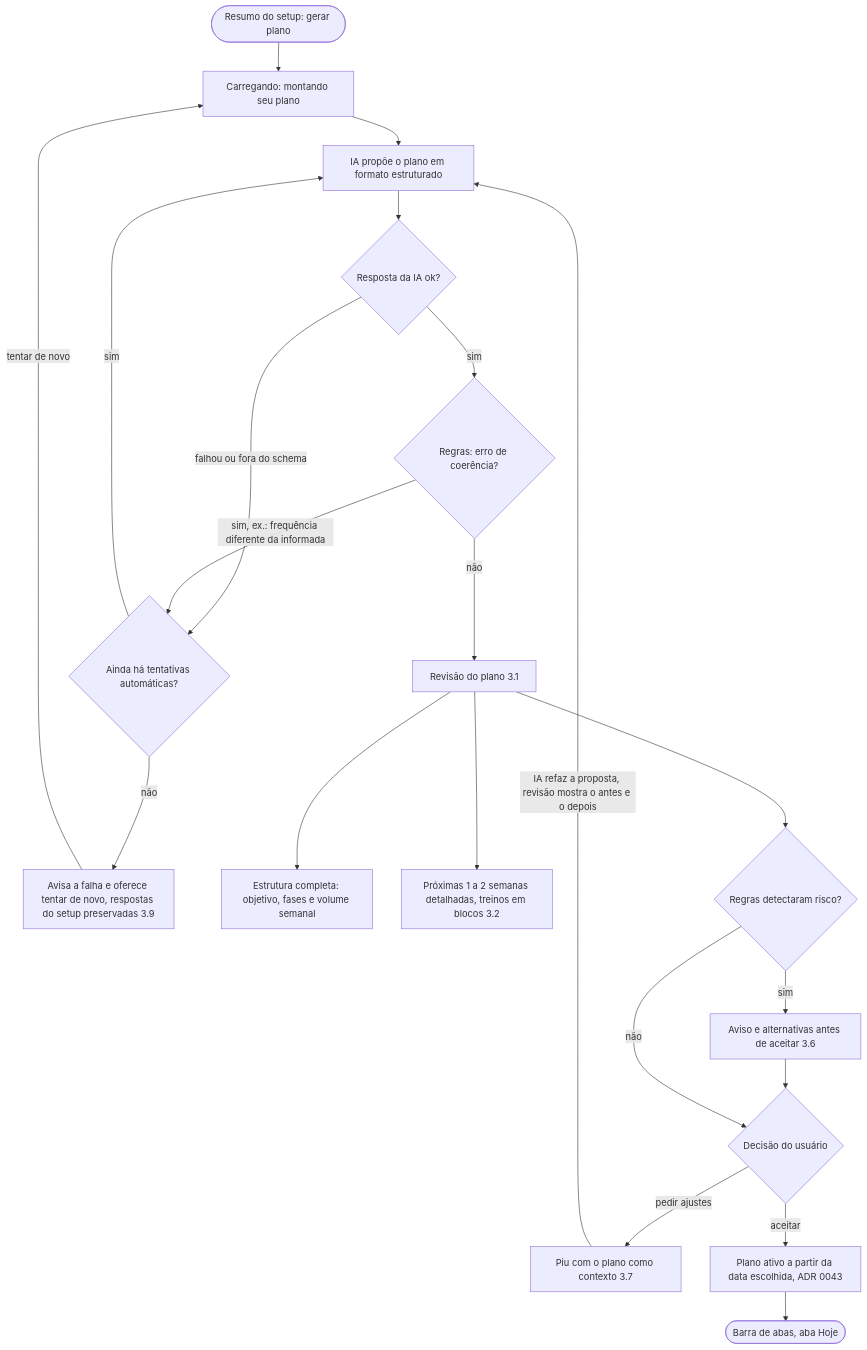
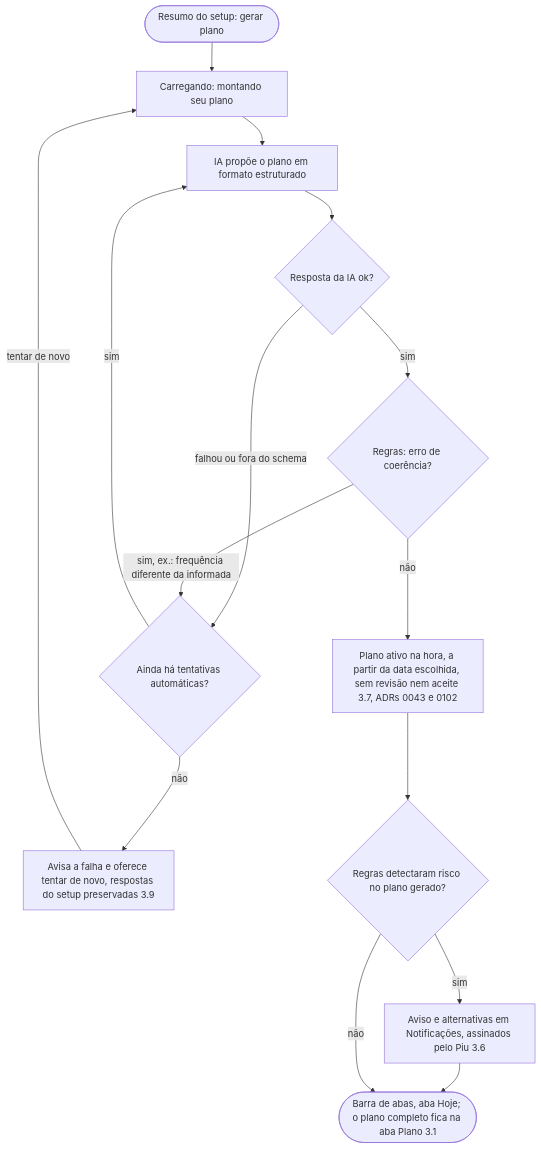
The third of 11 diagrams in docs/fluxos.md (cruzvini/app-corrida), drawn with Mermaid before and after one commit. The commit also changed other lines of this file and 7 other files, not shown here.

First line of the commit message:
docs: ADRs 0100 a 0102 - boas-vindas com e-mail, progresso do setup e plano ativo direto após gerar

````diff
--- a/docs/fluxos.md
+++ b/docs/fluxos.md
@@ -80,23 +80,17 @@
 ```mermaid
 flowchart TD
   A([Resumo do setup: gerar plano]) --> B[Carregando: montando seu plano]
   B --> C[IA propõe o plano em formato estruturado]
   C --> D{Resposta da IA ok?}
   D -- falhou ou fora do schema --> D1{Ainda há tentativas automáticas?}
   D1 -- sim --> C
   D1 -- não --> ERR[Avisa a falha e oferece tentar de novo, respostas do setup preservadas 3.9]
   ERR -- tentar de novo --> B
   D -- sim --> E{Regras: erro de coerência?}
   E -- sim, ex.: frequência diferente da informada --> D1
-  E -- não --> F[Revisão do plano 3.1]
-  F --> F1["Estrutura completa: objetivo, fases e volume semanal"]
-  F --> F2["Próximas 1 a 2 semanas detalhadas, treinos em blocos 3.2"]
-  F --> G{Regras detectaram risco?}
-  G -- sim --> G1[Aviso e alternativas antes de aceitar 3.6]
-  G1 --> H
-  G -- não --> H{Decisão do usuário}
-  H -- pedir ajustes --> PIU[Piu com o plano como contexto 3.7]
-  PIU -- IA refaz a proposta, revisão mostra o antes e o depois --> C
-  H -- aceitar --> ATV[Plano ativo a partir da data escolhida, ADR 0043]
-  ATV --> HOJE([Barra de abas, aba Hoje])
+  E -- não --> ATV[Plano ativo na hora, a partir da data escolhida, sem revisão nem aceite 3.7, ADRs 0043 e 0102]
+  ATV --> G{Regras detectaram risco no plano gerado?}
+  G -- sim --> G1[Aviso e alternativas em Notificações, assinados pelo Piu 3.6]
+  G1 --> HOJE
+  G -- não --> HOJE([Barra de abas, aba Hoje; o plano completo fica na aba Plano 3.1])
 ```
````
